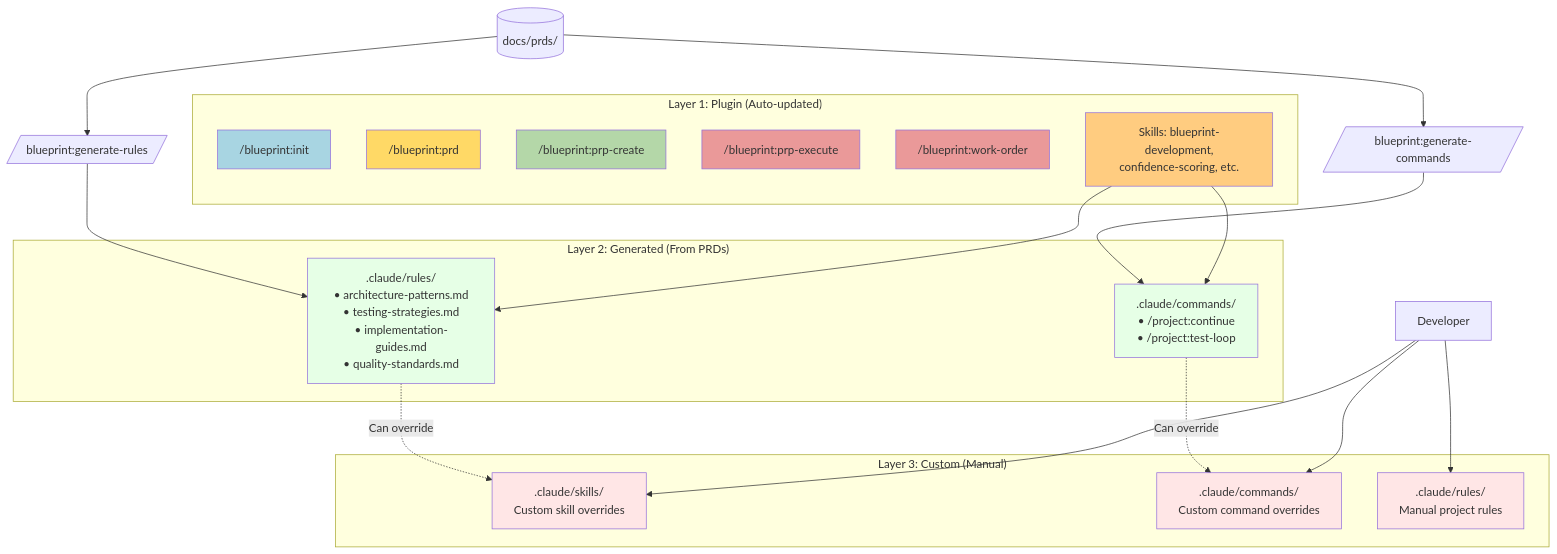
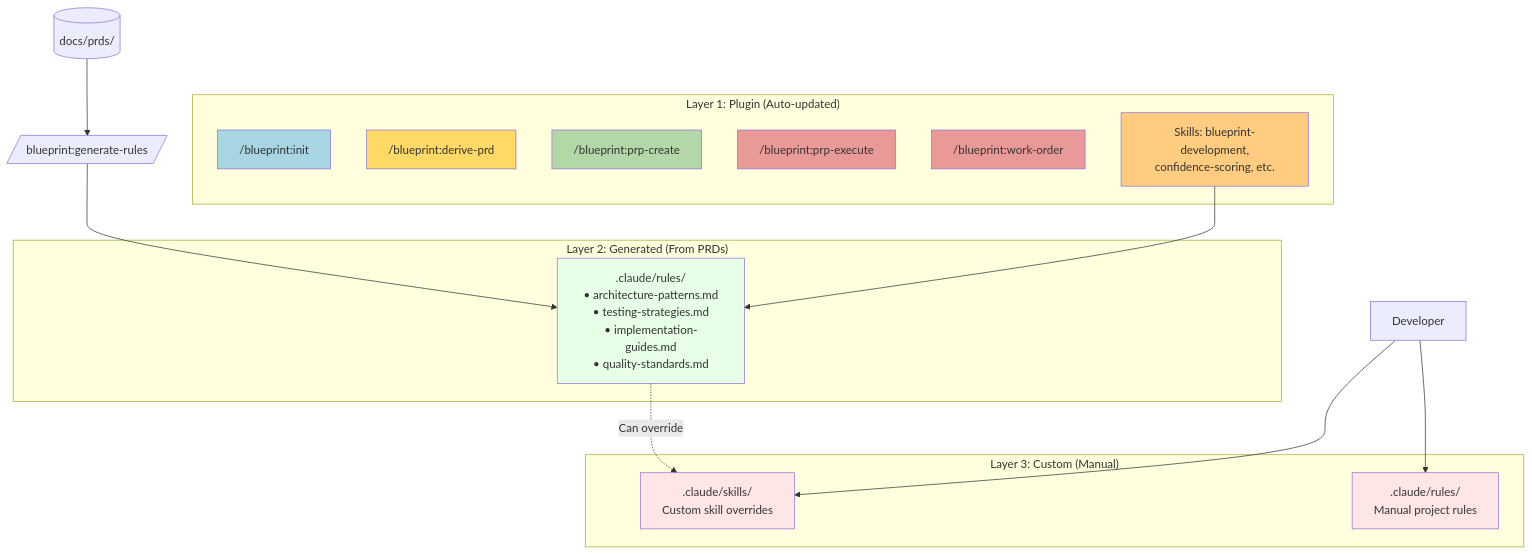
Before and after one commit to laurigates/claude-plugins: the eighth of 8 diagrams in blueprint-plugin/docs/blueprint-plugin-sequence.md, drawn with Mermaid. The commit also changed other lines of this file and 4 other files, not shown here.

````diff
--- a/blueprint-plugin/docs/blueprint-plugin-sequence.md
+++ b/blueprint-plugin/docs/blueprint-plugin-sequence.md
@@ -521,50 +519,41 @@
 ```mermaid
 graph TB
     subgraph "Layer 1: Plugin (Auto-updated)"
         P1["/blueprint:init"]
-        P2["/blueprint:prd"]
+        P2["/blueprint:derive-prd"]
         P3["/blueprint:prp-create"]
         P4["/blueprint:prp-execute"]
         P5["/blueprint:work-order"]
         P6["Skills: blueprint-development,\nconfidence-scoring, etc."]
     end
 
     subgraph "Layer 2: Generated (From PRDs)"
         G1[".claude/rules/\n• architecture-patterns.md\n• testing-strategies.md\n• implementation-guides.md\n• quality-standards.md"]
-        G2[".claude/commands/\n• /project:continue\n• /project:test-loop"]
     end
 
     subgraph "Layer 3: Custom (Manual)"
         C1[".claude/skills/\nCustom skill overrides"]
-        C2[".claude/commands/\nCustom command overrides"]
         C3[".claude/rules/\nManual project rules"]
     end
 
     PRD[(docs/prds/)] --> Generate[/blueprint:generate-rules/]
-    PRD --> Generate2[/blueprint:generate-commands/]
 
     Generate --> G1
-    Generate2 --> G2
 
     G1 -.->|Can override| C1
-    G2 -.->|Can override| C2
 
     Developer[Developer] --> C1
-    Developer --> C2
     Developer --> C3
 
     P6 --> G1
-    P6 --> G2
 
     style P1 fill:#a8d5e2
     style P2 fill:#ffd966
     style P3 fill:#b4d7a8
     style P4 fill:#ea9999
     style P5 fill:#ea9999
     style P6 fill:#ffcc80
     style G1 fill:#e6ffe6
-    style G2 fill:#e6ffe6
     style C1 fill:#ffe6e6
-    style C2 fill:#ffe6e6
     style C3 fill:#ffe6e6
 ```
````
